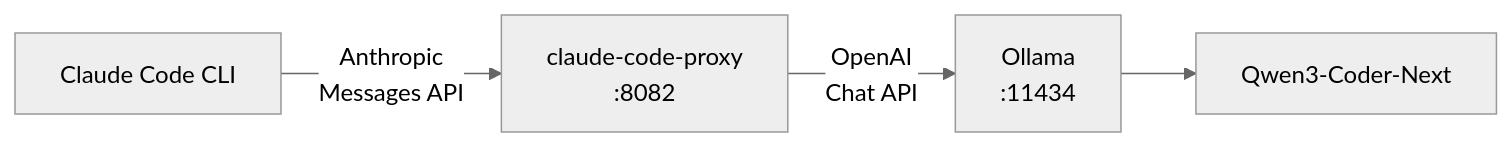
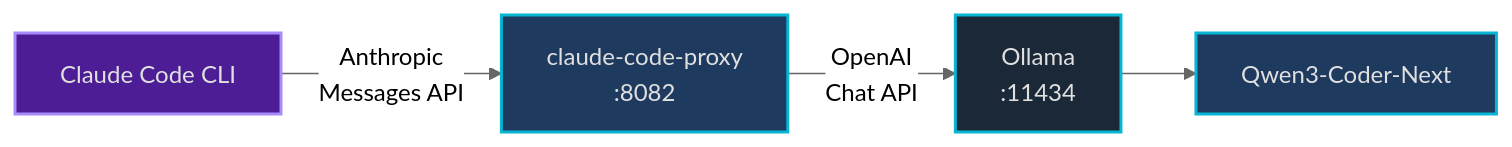
One commit to mvalancy/tritium-coder changed the fourth of 6 diagrams in docs/architecture.md. Above: the diagram before and after it, drawn with Mermaid (neutral theme). The commit also changed other lines of this file and 16 other files, not shown here.

````diff
--- a/docs/architecture.md
+++ b/docs/architecture.md
@@ -71,11 +105,16 @@
 ```mermaid
 flowchart LR
     CC["Claude Code CLI"]
-    P["claude-code-proxy\n:8082"]
-    O["Ollama\n:11434"]
+    P["claude-code-proxy<br/>:8082"]
+    O["Ollama<br/>:11434"]
     M["Qwen3-Coder-Next"]
 
-    CC -->|"Anthropic\nMessages API"| P
-    P -->|"OpenAI\nChat API"| O
+    CC -->|"Anthropic<br/>Messages API"| P
+    P -->|"OpenAI<br/>Chat API"| O
     O --> M
+
+    style CC fill:#4c1d95,stroke:#a78bfa,color:#e0e0e0,stroke-width:2px
+    style P fill:#1e3a5f,stroke:#06b6d4,color:#e0e0e0,stroke-width:2px
+    style O fill:#1b2838,stroke:#06b6d4,color:#e0e0e0,stroke-width:2px
+    style M fill:#1e3a5f,stroke:#06b6d4,color:#e0e0e0,stroke-width:2px
 ```
````
